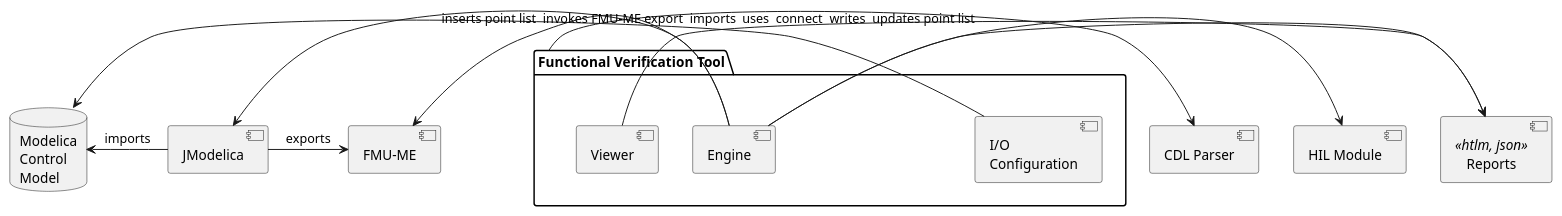
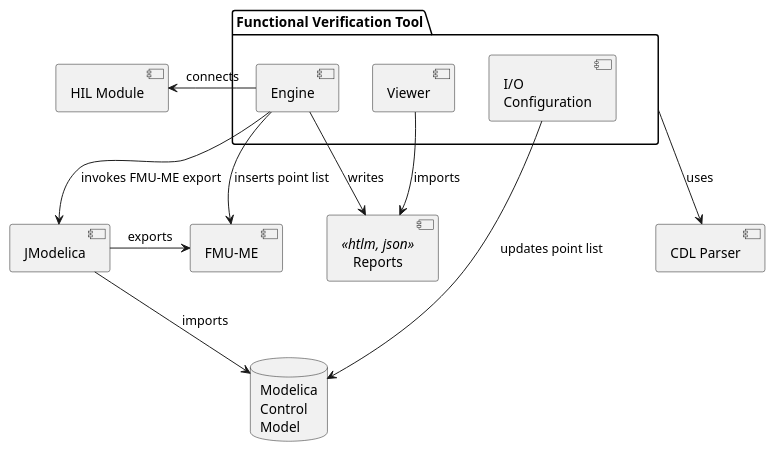
The third of 3 diagrams in specification/source/softwareArchitecture.rst (lbl-srg/obc), drawn with PlantUML before and after one commit. The commit also changed other lines of this file and 2 other files, not shown here.

Commit message:
Changed graphic format and corrected capitalization

```diff
--- a/specification/source/softwareArchitecture.rst
+++ b/specification/source/softwareArchitecture.rst
@@ -163,26 +165,27 @@
 .. uml::
    :caption: Overall software architecture of the Functional Verification Tool.
+   :width: 600px
 
    skinparam componentStyle uml2
 
    package "Functional Verification Tool" as vt{
        [I/O\nConfiguration]
        [Engine]
        [Viewer]
    }
    [CDL Parser]
    [JModelica]
    database "Modelica\nControl\nModel" as mod_ctl
    [FMU-ME]
    [Reports] <<htlm, json>>
    [HIL Module]
 
-   vt -r-> [CDL Parser]: uses
-   [I/O\nConfiguration] -> mod_ctl : updates point list
+   vt -d-> [CDL Parser]: uses
+   [I/O\nConfiguration] -d-> mod_ctl : updates point list
    [Engine] -> [FMU-ME] : inserts point list
-   [Engine] -> [JModelica] : invokes FMU-ME export
-   [JModelica] -l-> mod_ctl: imports
+   [Engine] -d-> [JModelica] : invokes FMU-ME export
+   [JModelica] -d-> mod_ctl: imports
+   [Engine] -l-> [HIL Module]: connects
    [JModelica] -> [FMU-ME] : exports
-   [Engine] -> [HIL Module]: connect
-   [Engine] -> [Reports]: writes
+   [Engine] -d-> [Reports]: writes
    [Viewer] -> [Reports]: imports
```
